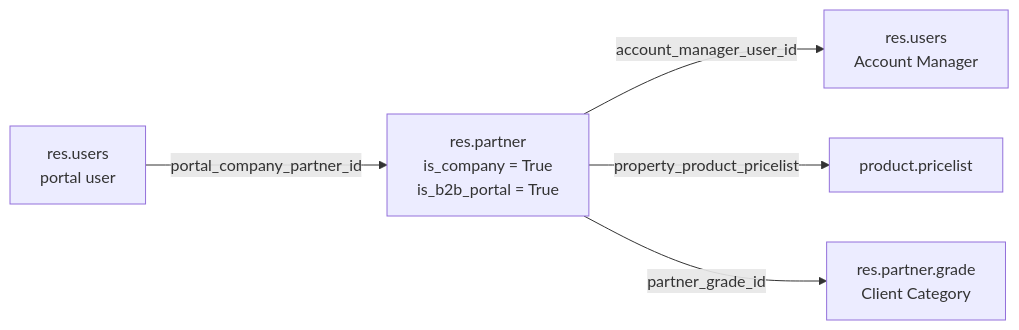
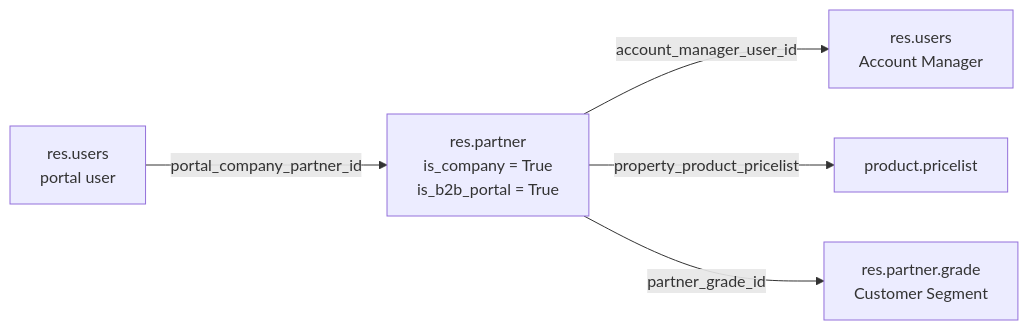
Before and after one commit to LaplaceSoftware/lp_projects_docs: the second of 3 diagrams in docs/b2b_ecommerce_docs/_technical_docs/005-Domain-Model.md, drawn with Mermaid. The commit also changed other lines of this file and 48 other files, not shown here.

````diff
--- a/docs/b2b_ecommerce_docs/_technical_docs/005-Domain-Model.md
+++ b/docs/b2b_ecommerce_docs/_technical_docs/005-Domain-Model.md
@@ -51,7 +51,7 @@
 ```mermaid
 flowchart LR
     U["res.users<br/>portal user"] -->|portal_company_partner_id| C["res.partner<br/>is_company = True<br/>is_b2b_portal = True"]
     C -->|account_manager_user_id| AM["res.users<br/>Account Manager"]
     C -->|property_product_pricelist| PL["product.pricelist"]
-    C -->|partner_grade_id| G["res.partner.grade<br/>Client Category"]
+    C -->|partner_grade_id| G["res.partner.grade<br/>Customer Segment"]
 ```
````
